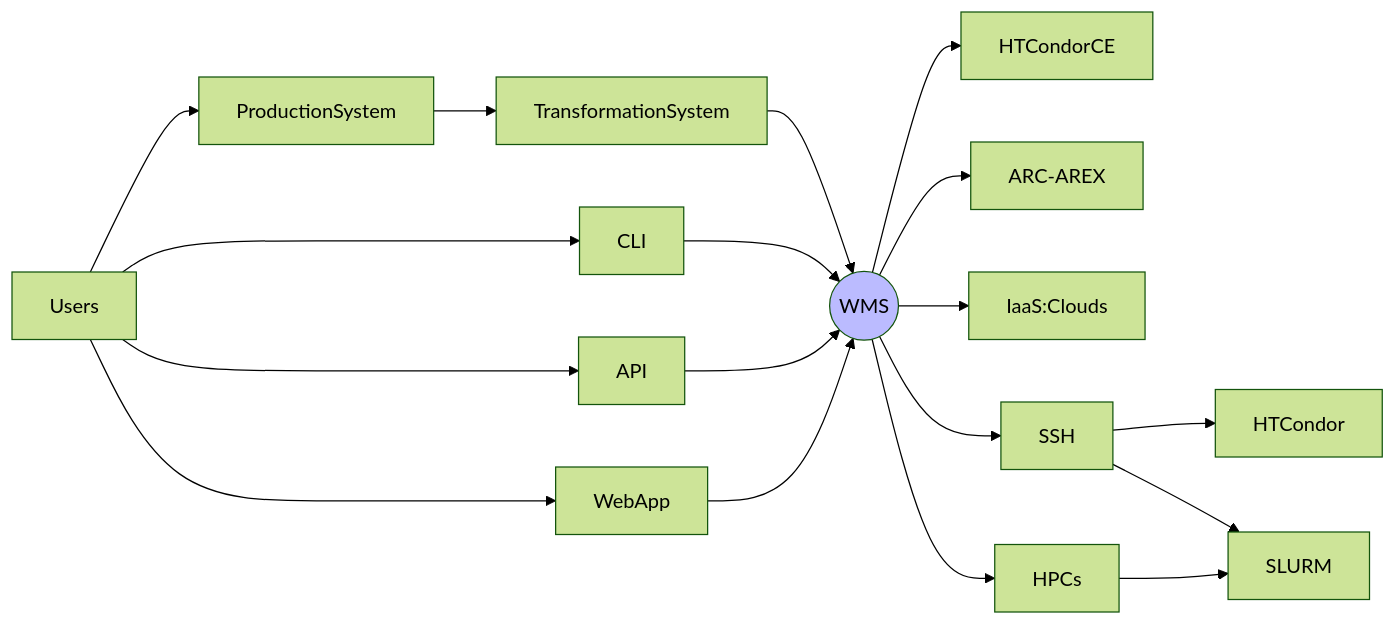
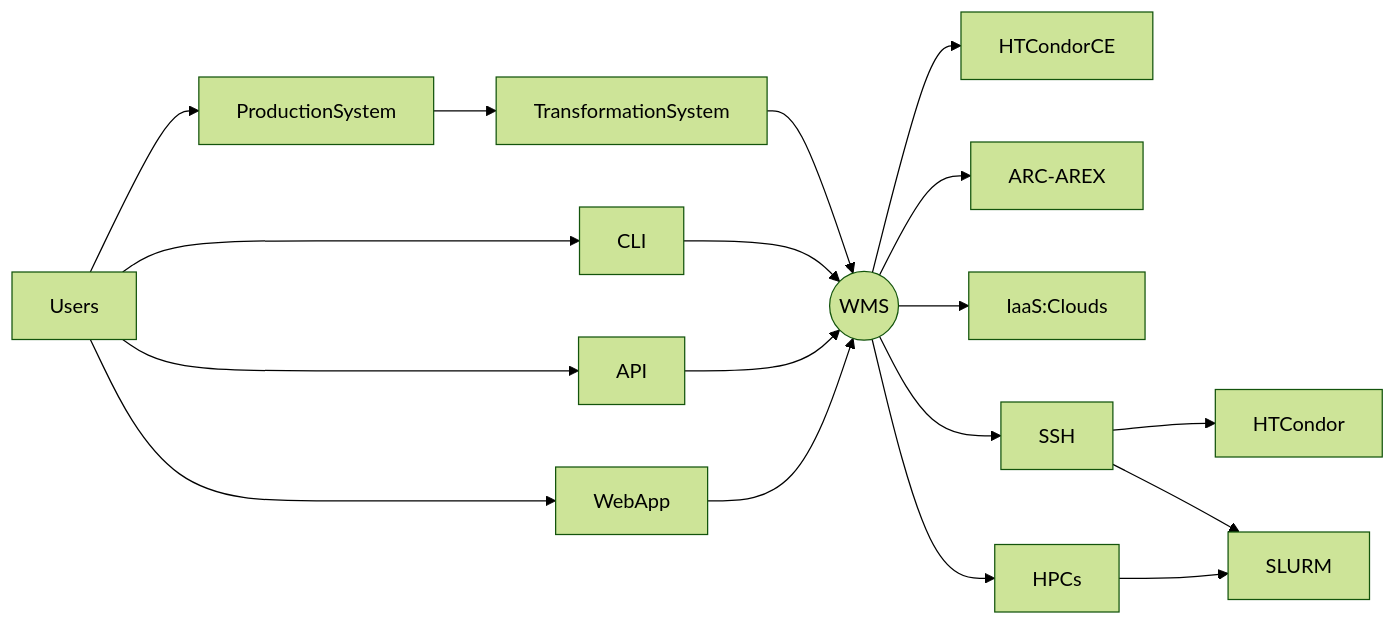
One commit to fstagni/Presentations changed the second of 2 diagrams in slides.md. Above: the diagram before and after it, drawn with Mermaid (forest theme). The commit also changed other lines of this file and 1 other file, not shown here.

````diff
--- a/slides.md
+++ b/slides.md
@@ -96,22 +193,21 @@
 ```mermaid
 flowchart LR;
 WMS((WMS))
     Users-->ProductionSystem;
     ProductionSystem-->TransformationSystem;
     TransformationSystem-->WMS;
     Users-->CLI;
     Users-->API;
     Users-->WebApp;
     CLI-->WMS;
     API-->WMS;
     WebApp-->WMS;
     WMS-->HTCondorCE;
     WMS-->ARC-AREX;
     WMS-->IaaS:Clouds;
     WMS-->SSH;
     SSH-->HTCondor;
     SSH-->SLURM;
     WMS-->HPCs;
     HPCs-->SLURM;
-    style WMS fill:#bbf
 ```
````
